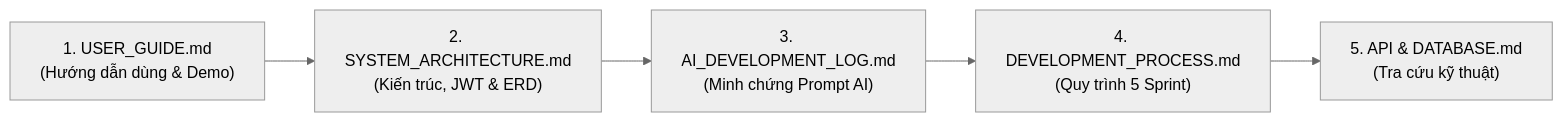
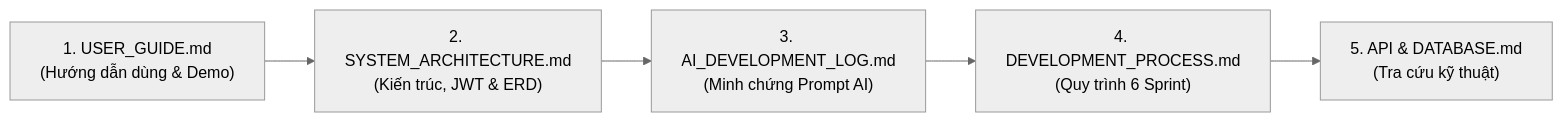
Before and after one commit to Hoanglight2006/personal-expense-ai: the diagram in README.md, drawn with Mermaid (neutral theme). The commit also changed other lines of this file and 120 other files, not shown here.

````diff
--- a/README.md
+++ b/README.md
@@ -18,7 +18,7 @@
 ```mermaid
 graph LR
     Step1["1. USER_GUIDE.md<br/>(Hướng dẫn dùng & Demo)"] --> Step2["2. SYSTEM_ARCHITECTURE.md<br/>(Kiến trúc, JWT & ERD)"]
     Step2 --> Step3["3. AI_DEVELOPMENT_LOG.md<br/>(Minh chứng Prompt AI)"]
-    Step3 --> Step4["4. DEVELOPMENT_PROCESS.md<br/>(Quy trình 5 Sprint)"]
+    Step3 --> Step4["4. DEVELOPMENT_PROCESS.md<br/>(Quy trình 6 Sprint)"]
     Step4 --> Step5["5. API & DATABASE.md<br/>(Tra cứu kỹ thuật)"]
 ```
````
